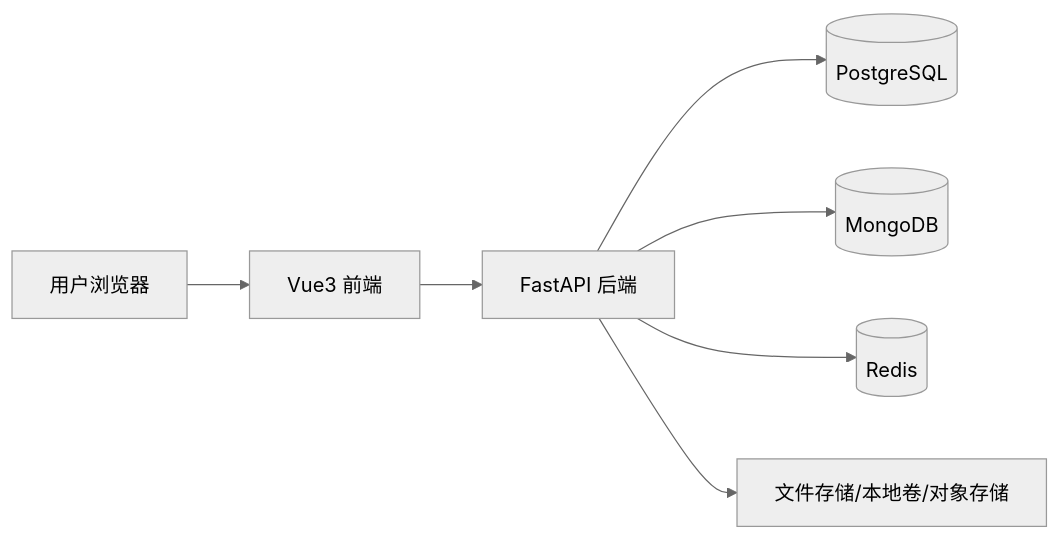
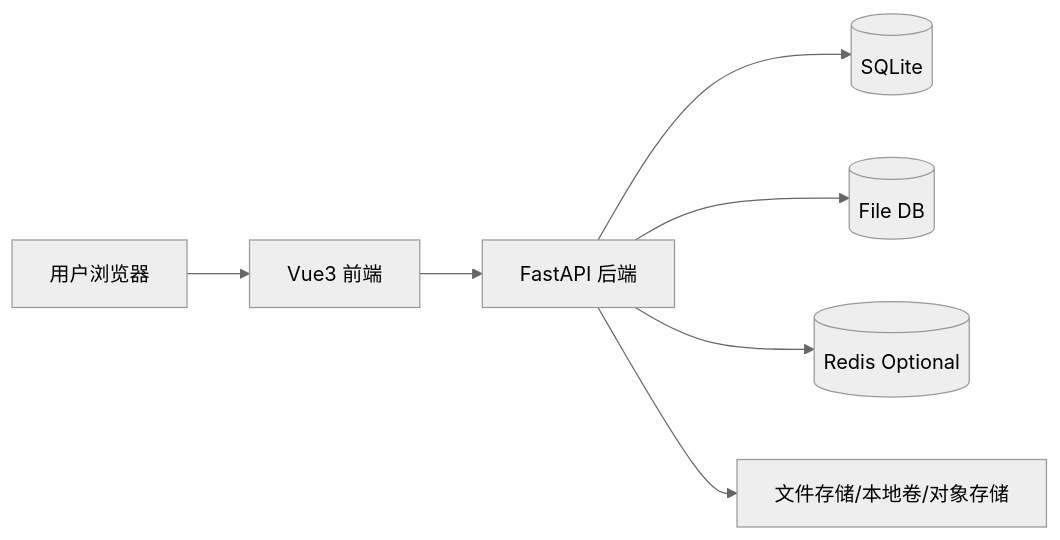
The first of 2 diagrams in docs/系统架构文档.md (hushi19910329/ProjectTraceV1), drawn with Mermaid (neutral theme) before and after one commit. The commit also changed other lines of this file and 67 other files, not shown here.

````diff
--- a/docs/系统架构文档.md
+++ b/docs/系统架构文档.md
@@ -18,9 +18,9 @@
 ```mermaid
 flowchart LR
     U[用户浏览器] --> F[Vue3 前端]
     F --> B[FastAPI 后端]
-    B --> PG[(PostgreSQL)]
-    B --> MG[(MongoDB)]
-    B --> R[(Redis)]
+    B --> SQ[(SQLite)]
+    B --> FD[(File DB)]
+    B --> R[(Redis Optional)]
     B --> FS[文件存储/本地卷/对象存储]
 ```
````
